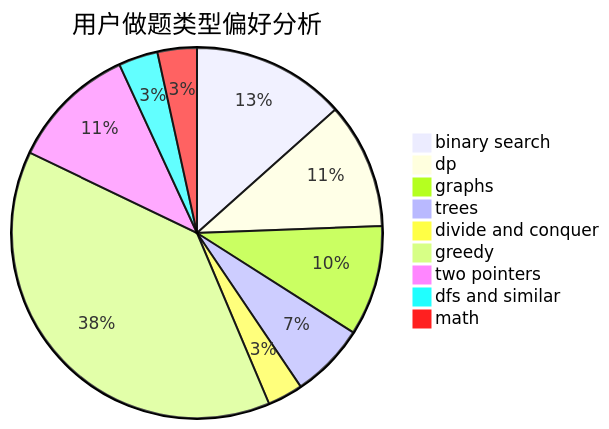
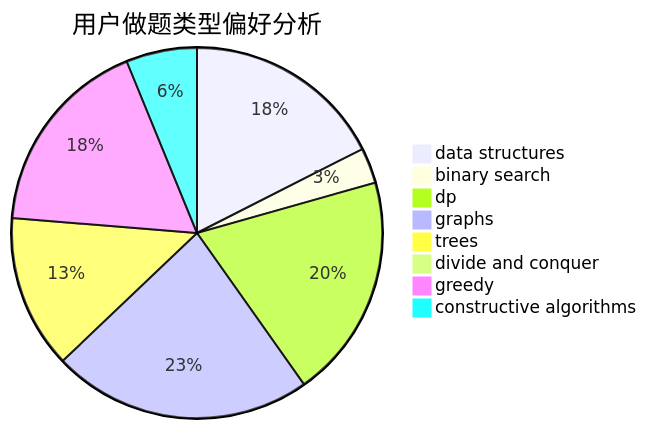
The second of 3 diagrams in docs/user/u2694.md (sherpahu/cfrs.github.io), drawn with Mermaid before and after one commit. The commit also changed other lines of this file and 2775 other files, not shown here.

````diff
--- a/docs/user/u2694.md
+++ b/docs/user/u2694.md
@@ -23,12 +23,11 @@
 ```mermaid
 pie title 用户做题类型偏好分析
-    "binary search" :  39
-    "dp" :  32
-    "graphs" :  28
-    "trees" :  19
-    "divide and conquer" :  9
-    "greedy" :  112
-    "two pointers" :  32
-    "dfs and similar" :  10
-    "math" :  10
+    "data structures" :  17
+    "binary search" :  3
+    "dp" :  19
+    "graphs" :  22
+    "trees" :  13
+    "divide and conquer" :  0
+    "greedy" :  17
+    "constructive algorithms" :  6
 ```
````
